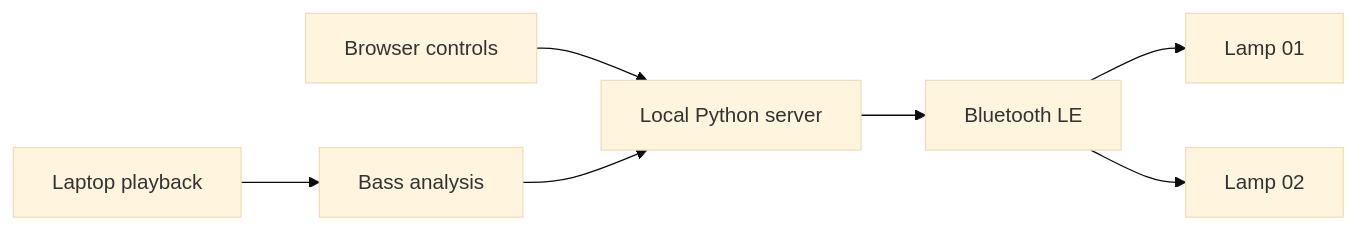
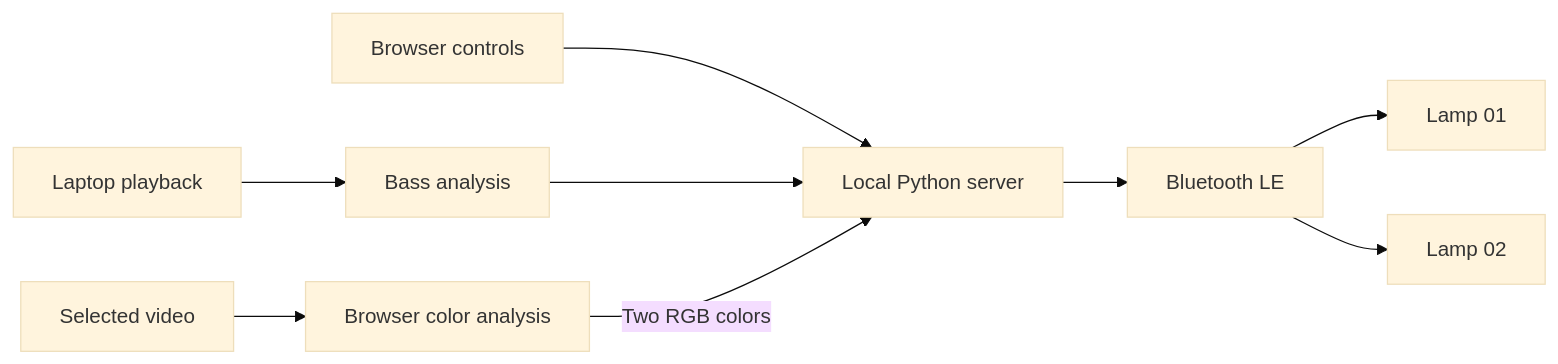
One commit to hsmahon/cool-lights changed the diagram in README.md. Above: the diagram before and after it, drawn with Mermaid (base theme). The commit also changed other lines of this file and 13 other files, not shown here.

````diff
--- a/README.md
+++ b/README.md
@@ -102,9 +177,11 @@
 ```mermaid
 flowchart LR
     UI[Browser controls] --> Server[Local Python server]
     Audio[Laptop playback] --> Bass[Bass analysis]
     Bass --> Server
+    Video[Selected video] --> Colors[Browser color analysis]
+    Colors -->|Two RGB colors| Server
     Server --> BLE[Bluetooth LE]
     BLE --> One[Lamp 01]
     BLE --> Two[Lamp 02]
 ```
````
